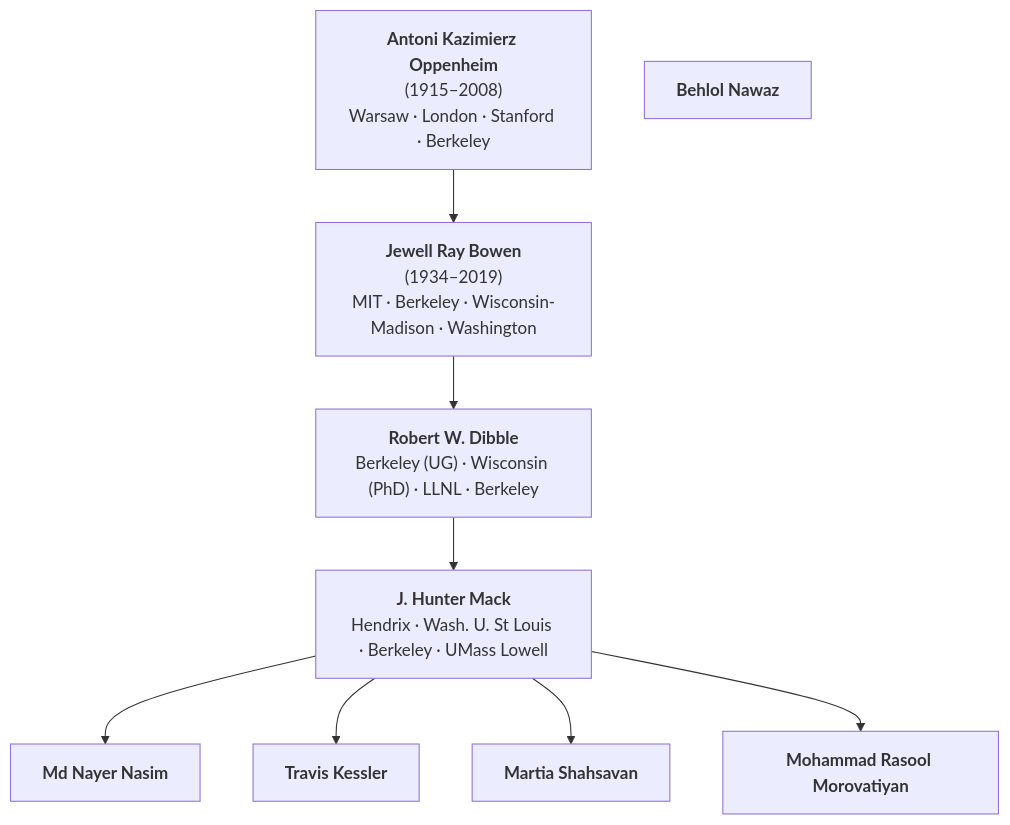
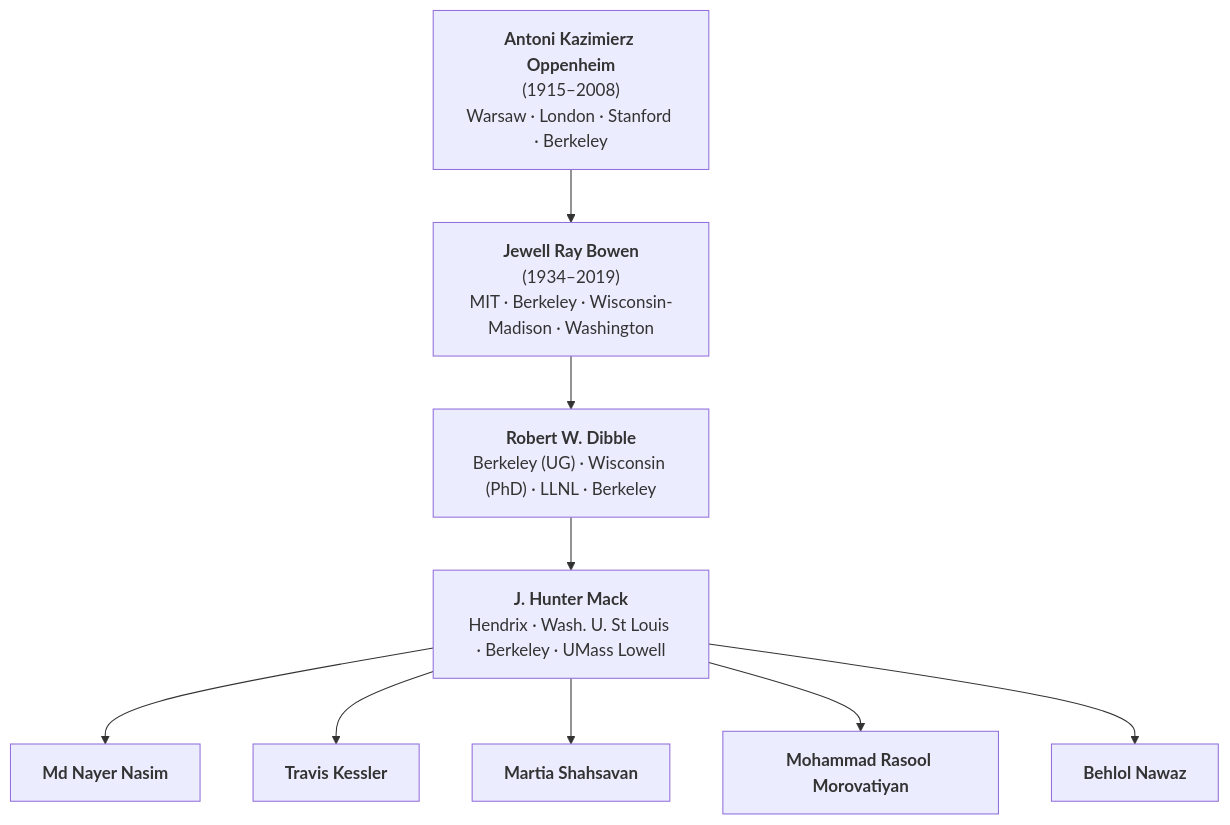
One commit to bnawaz95/ECRL-acad-tree changed the diagram in acad_tree.md. Above: the diagram before and after it, drawn with Mermaid.

````diff
--- a/acad_tree.md
+++ b/acad_tree.md
@@ -1,24 +1,25 @@
 ```mermaid
 graph TD
     A["<b>Antoni Kazimierz Oppenheim</b><br/>(1915–2008)<br/>Warsaw · London · Stanford · Berkeley"]
 
     B["<b>Jewell Ray Bowen</b><br/>(1934–2019)<br/>MIT · Berkeley · Wisconsin-Madison · Washington"]
 
     C["<b>Robert W. Dibble</b><br/>Berkeley (UG) · Wisconsin (PhD) · LLNL · Berkeley"]
 
     D["<b>J. Hunter Mack</b><br/>Hendrix · Wash. U. St Louis · Berkeley · UMass Lowell"]
 
     E["<b>Md Nayer Nasim</b>"]
     F["<b>Travis Kessler</b>"]
     G["<b>Martia Shahsavan</b>"]
     H["<b>Mohammad Rasool Morovatiyan</b>"]
     I["<b>Behlol Nawaz</b>"]
 
     A --> B
     B --> C
     C --> D
     D --> E
     D --> F
     D --> G
     D --> H
+    D --> I
 ```
````
